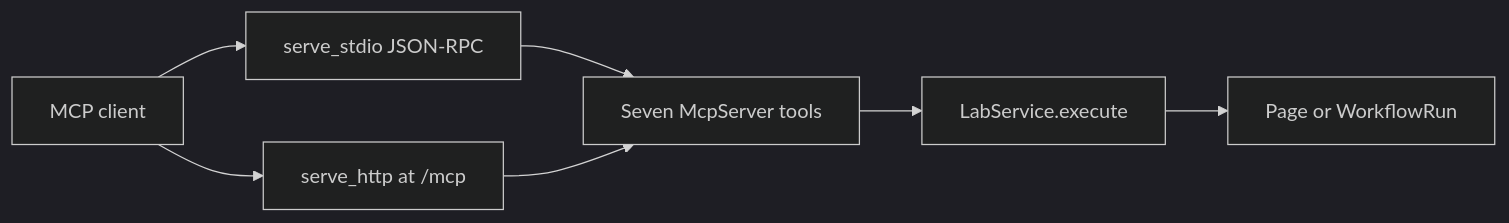
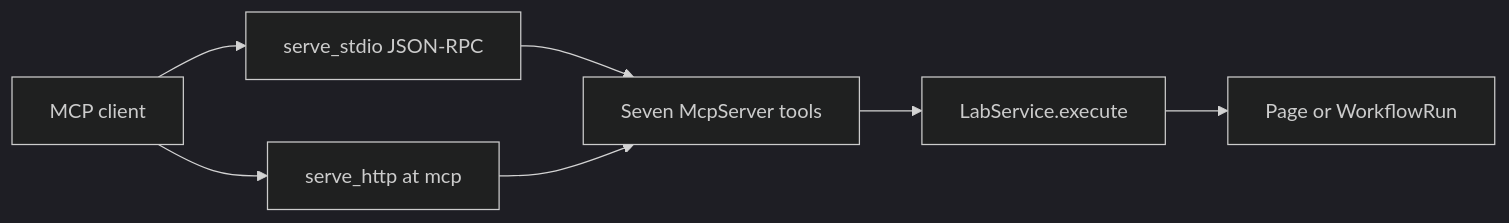
Before and after one commit to A3Analytics/a2a-lab-dev-kit-rs: the diagram in backlog/docs/reference/mcp/doc-5 - MCP.md, drawn with Mermaid (dark theme). The commit also changed 8 other files, not shown here.

````diff
--- a/backlog/docs/reference/mcp/doc-5 - MCP.md
+++ b/backlog/docs/reference/mcp/doc-5 - MCP.md
@@ -17,9 +17,9 @@
 ```mermaid
 flowchart LR
   client["MCP client"] --> stdio["serve_stdio JSON-RPC"]
-  client --> http["serve_http at /mcp"]
+  client --> http["serve_http at mcp"]
   stdio --> tools["Seven McpServer tools"]
   http --> tools
   tools --> lab["LabService.execute"]
   lab --> body["Page or WorkflowRun"]
 ```
````
